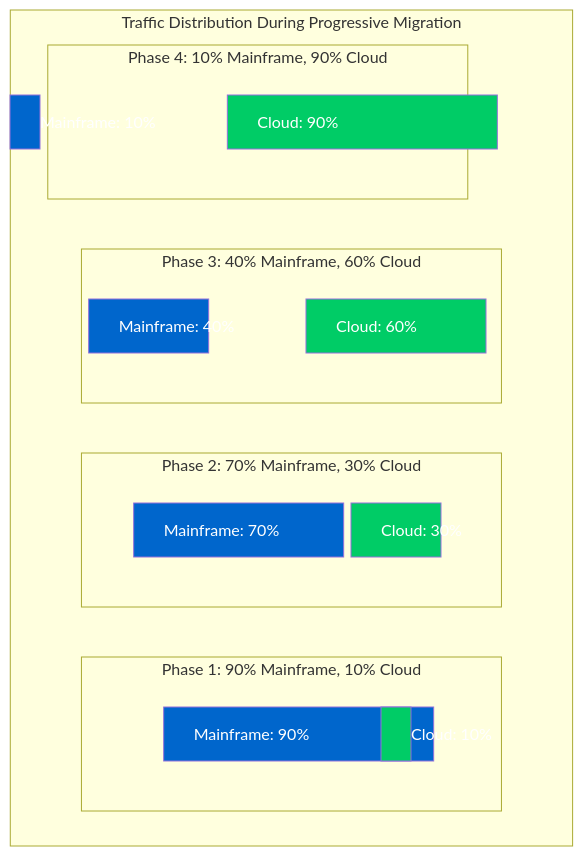
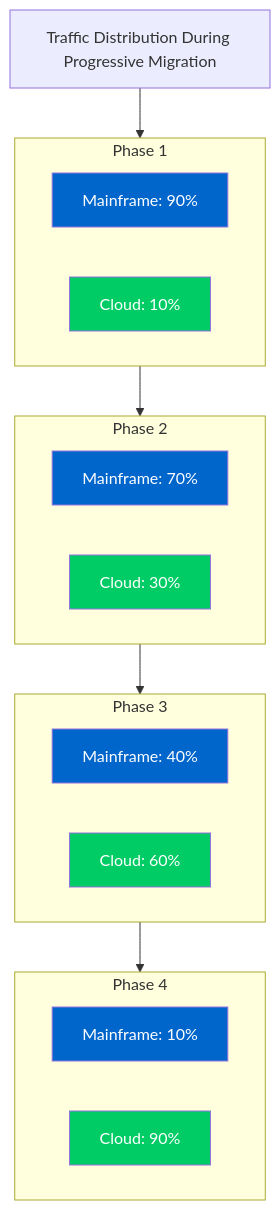
Before and after one commit to paulasilvatech/Mainframe-AI-Modernization: the third of 3 diagrams in docs/11-hybrid-operations/README.md, drawn with Mermaid. The commit also changed other lines of this file, not shown here.

Commit message:
Refactor mermaid diagrams for improved structure and clarity in hybrid operations documentation

````diff
--- a/docs/11-hybrid-operations/README.md
+++ b/docs/11-hybrid-operations/README.md
@@ -150,32 +157,29 @@
 ```mermaid
-graph TD
-    subgraph "Traffic Distribution During Progressive Migration"
-        subgraph "Phase 1: 90% Mainframe, 10% Cloud"
-            P1M["Mainframe: 90%"]
-            P1C["Cloud: 10%"]
-            style P1M fill:#0066cc,color:white,width:270px
-            style P1C fill:#00cc66,color:white,width:30px
-        end
-        
-        subgraph "Phase 2: 70% Mainframe, 30% Cloud"
-            P2M["Mainframe: 70%"]
-            P2C["Cloud: 30%"]
-            style P2M fill:#0066cc,color:white,width:210px
-            style P2C fill:#00cc66,color:white,width:90px
-        end
-        
-        subgraph "Phase 3: 40% Mainframe, 60% Cloud"
-            P3M["Mainframe: 40%"]
-            P3C["Cloud: 60%"]
-            style P3M fill:#0066cc,color:white,width:120px
-            style P3C fill:#00cc66,color:white,width:180px
-        end
-        
-        subgraph "Phase 4: 10% Mainframe, 90% Cloud"
-            P4M["Mainframe: 10%"]
-            P4C["Cloud: 90%"]
-            style P4M fill:#0066cc,color:white,width:30px
-            style P4C fill:#00cc66,color:white,width:270px
-        end
+flowchart TD
+    title["Traffic Distribution During Progressive Migration"]
+    
+    subgraph phase1["Phase 1"]
+        p1m["Mainframe: 90%"]:::mainframe
+        p1c["Cloud: 10%"]:::cloud
     end
+    
+    subgraph phase2["Phase 2"]
+        p2m["Mainframe: 70%"]:::mainframe
+        p2c["Cloud: 30%"]:::cloud
+    end
+    
+    subgraph phase3["Phase 3"]
+        p3m["Mainframe: 40%"]:::mainframe
+        p3c["Cloud: 60%"]:::cloud
+    end
+    
+    subgraph phase4["Phase 4"]
+        p4m["Mainframe: 10%"]:::mainframe
+        p4c["Cloud: 90%"]:::cloud
+    end
+    
+    title --> phase1 --> phase2 --> phase3 --> phase4
+    
+    classDef mainframe fill:#0066cc,color:white
+    classDef cloud fill:#00cc66,color:white
 ```
````
